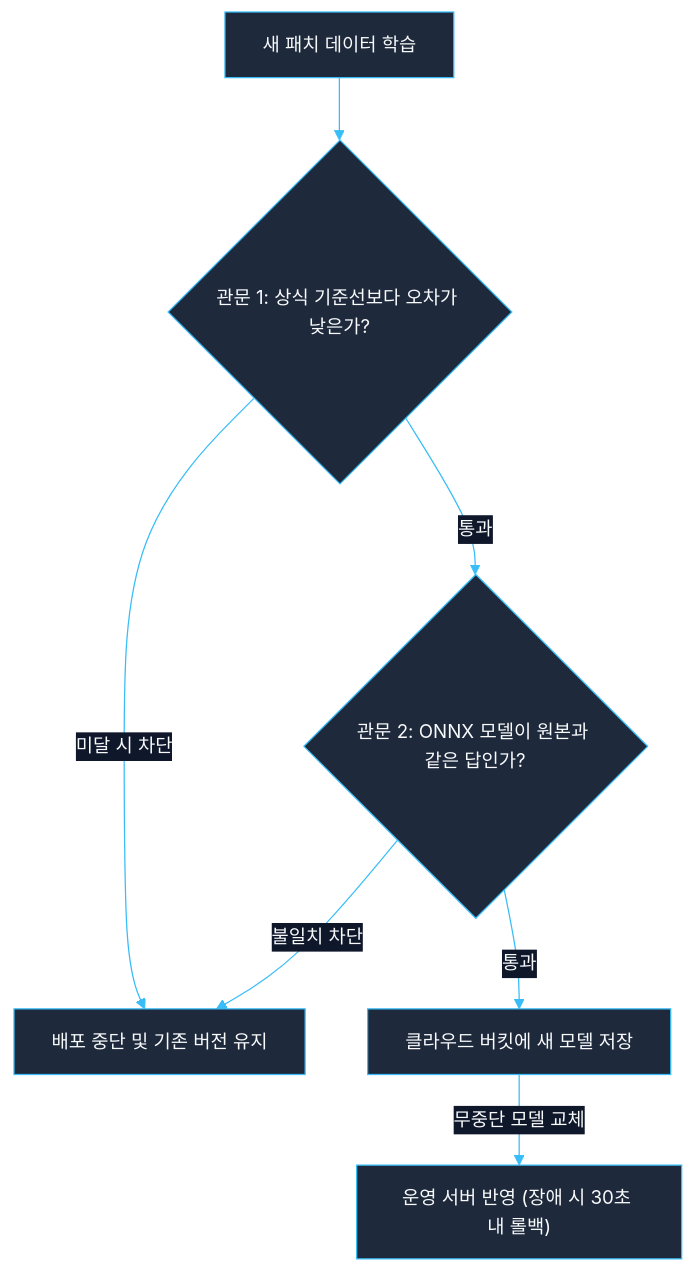
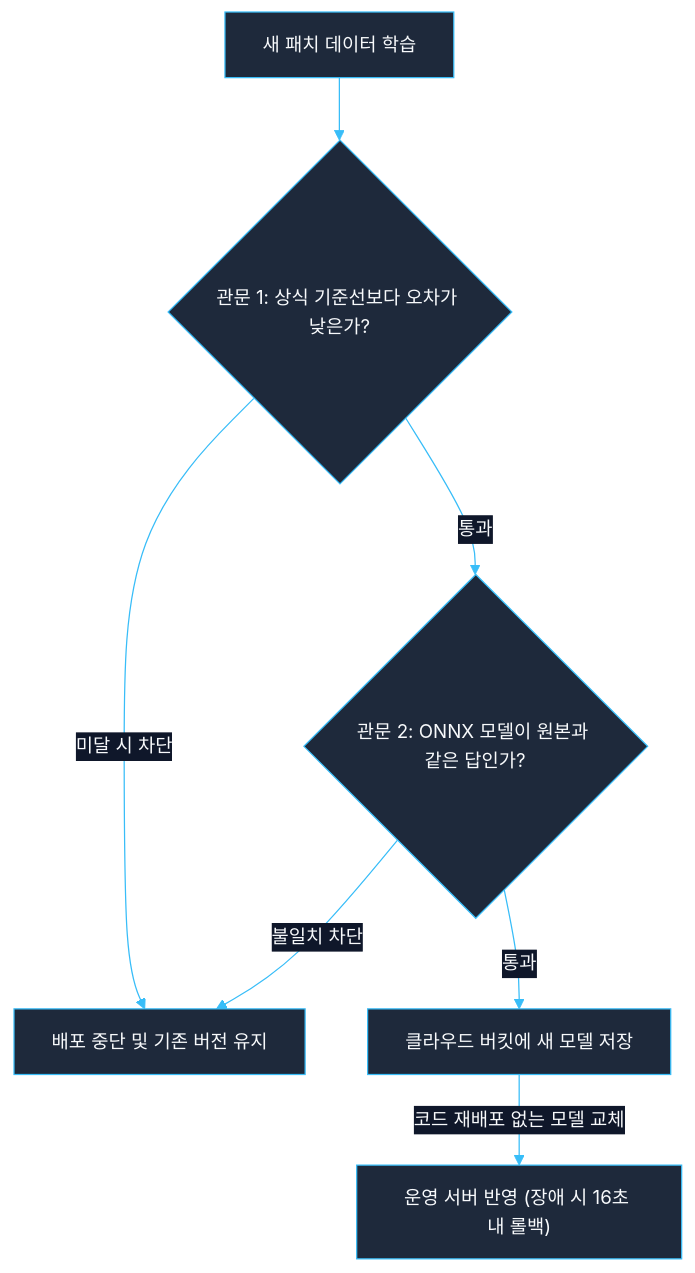
The third of 3 diagrams in 계획서.md (wpalswpa/lol-pacemaker-mlops), drawn with Mermaid before and after one commit. The commit also changed other lines of this file and 3 other files, not shown here.

````diff
--- a/계획서.md
+++ b/계획서.md
@@ -82,10 +82,10 @@
 ```mermaid
 %%{init: {'theme': 'base', 'themeVariables': {'primaryColor': '#1E293B', 'primaryTextColor': '#F8FAFC', 'primaryBorderColor': '#38BDF8', 'lineColor': '#38BDF8', 'edgeLabelBackground': '#0F172A', 'fontSize': '15px'}}}%%
 flowchart TD
     Train["새 패치 데이터 학습"] --> Gate1{"관문 1: 상식 기준선보다 오차가 낮은가?"}
     Gate1 -->|"미달 시 차단"| Block["배포 중단 및 기존 버전 유지"]
     Gate1 -->|"통과"| Gate2{"관문 2: ONNX 모델이 원본과 같은 답인가?"}
     Gate2 -->|"불일치 차단"| Block
     Gate2 -->|"통과"| S3["클라우드 버킷에 새 모델 저장"]
-    S3 -->|"무중단 모델 교체"| Live["운영 서버 반영 (장애 시 30초 내 롤백)"]
+    S3 -->|"코드 재배포 없는 모델 교체"| Live["운영 서버 반영 (장애 시 16초 내 롤백)"]
 ```
````
